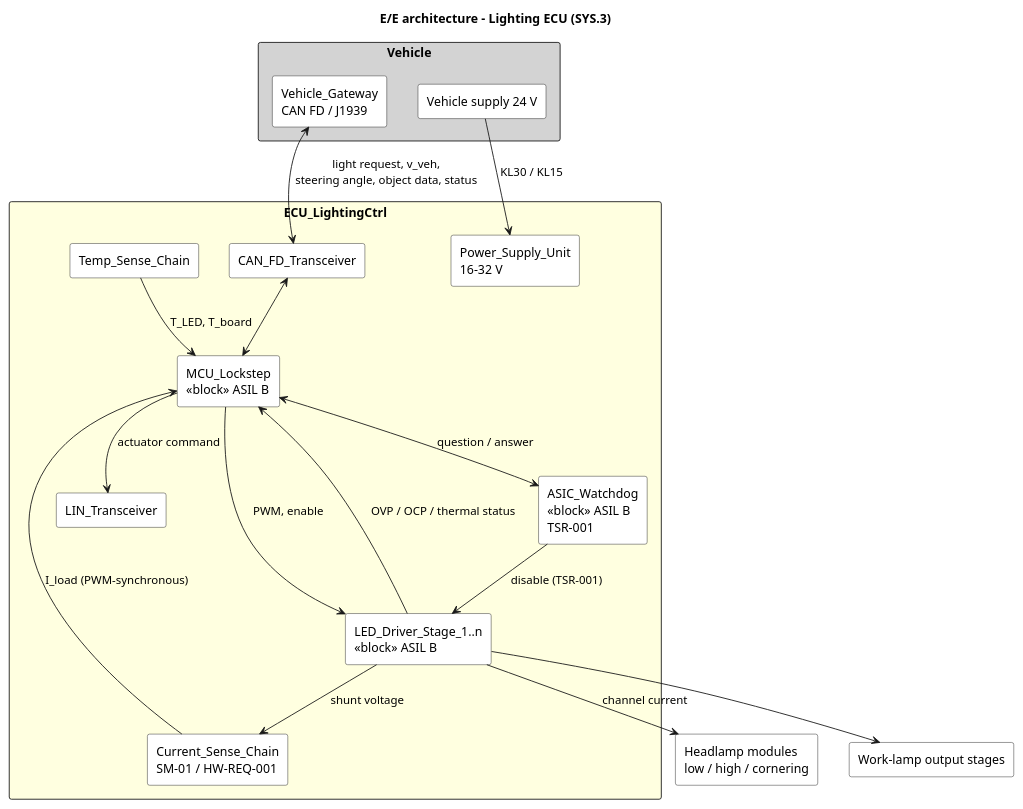
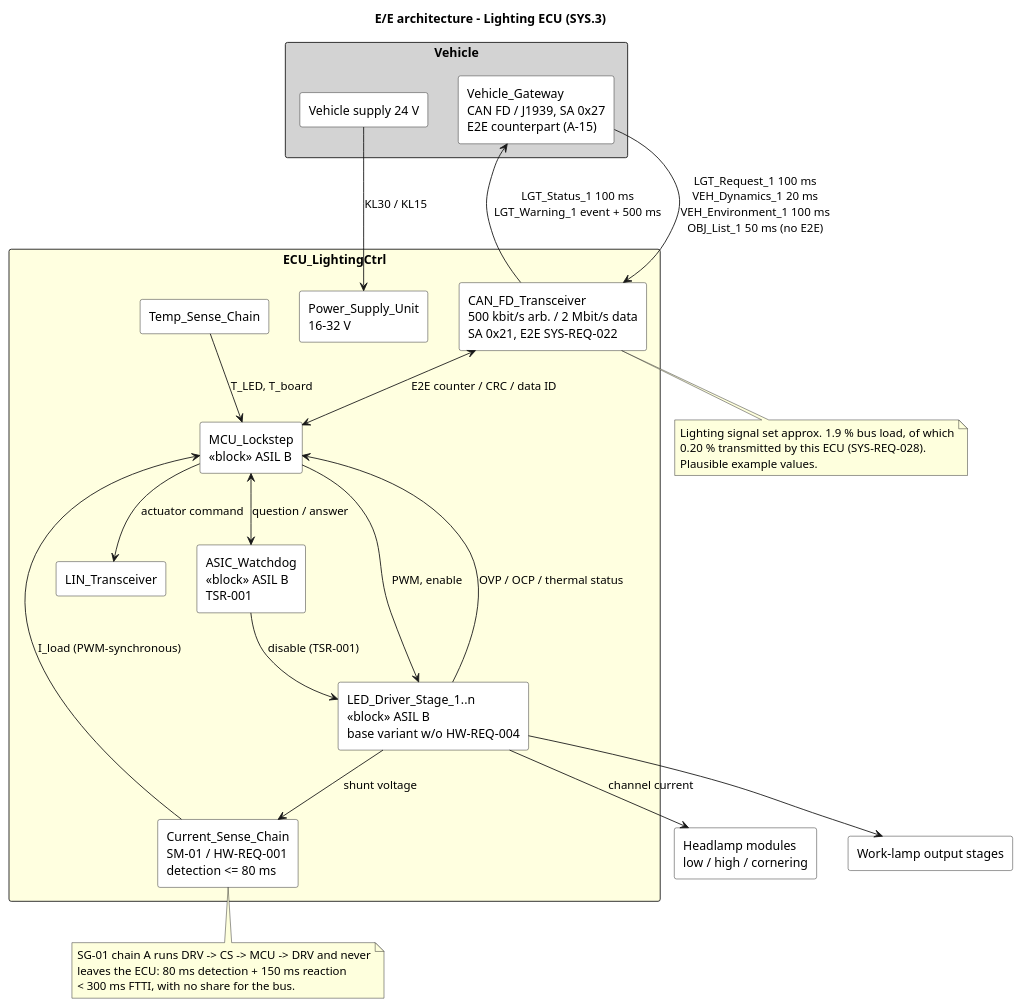
The diagram in 03_model/plantuml/bdd_ee_architecture.puml (bny61/beleuchtungssystem-aspice), drawn with PlantUML before and after one commit. The commit also changed 12 other files, not shown here.

First line of the commit message:
feat(sys.3): CAN FD/J1939 message catalogue, bus timing and E2E protection

```diff
--- a/03_model/plantuml/bdd_ee_architecture.puml
+++ b/03_model/plantuml/bdd_ee_architecture.puml
@@ -1,40 +1,53 @@
 @startuml bdd_ee_architecture
 title E/E architecture - Lighting ECU (SYS.3)
 skinparam componentStyle rectangle
 skinparam rectangle {
   BackgroundColor White
 }
 
 rectangle "Vehicle" as VEH #LightGray {
-  rectangle "Vehicle_Gateway\nCAN FD / J1939" as GW
+  rectangle "Vehicle_Gateway\nCAN FD / J1939, SA 0x27\nE2E counterpart (A-15)" as GW
   rectangle "Vehicle supply 24 V" as PWR
 }
 
 rectangle "ECU_LightingCtrl" as ECU #LightYellow {
   rectangle "MCU_Lockstep\n«block» ASIL B" as MCU
   rectangle "ASIC_Watchdog\n«block» ASIL B\nTSR-001" as WD
   rectangle "Power_Supply_Unit\n16-32 V" as PSU
-  rectangle "CAN_FD_Transceiver" as CAN
+  rectangle "CAN_FD_Transceiver\n500 kbit/s arb. / 2 Mbit/s data\nSA 0x21, E2E SYS-REQ-022" as CAN
   rectangle "LIN_Transceiver" as LIN
-  rectangle "LED_Driver_Stage_1..n\n«block» ASIL B" as DRV
-  rectangle "Current_Sense_Chain\nSM-01 / HW-REQ-001" as CS
+  rectangle "LED_Driver_Stage_1..n\n«block» ASIL B\nbase variant w/o HW-REQ-004" as DRV
+  rectangle "Current_Sense_Chain\nSM-01 / HW-REQ-001\ndetection <= 80 ms" as CS
   rectangle "Temp_Sense_Chain" as TS
 }
 
 rectangle "Headlamp modules\nlow / high / cornering" as LAMP
 rectangle "Work-lamp output stages" as WORK
 
 PWR --> PSU : KL30 / KL15
-GW <--> CAN : light request, v_veh,\nsteering angle, object data, status
-CAN <--> MCU
+GW --> CAN : LGT_Request_1 100 ms\nVEH_Dynamics_1 20 ms\nVEH_Environment_1 100 ms\nOBJ_List_1 50 ms (no E2E)
+CAN --> GW : LGT_Status_1 100 ms\nLGT_Warning_1 event + 500 ms
+CAN <--> MCU : E2E counter / CRC / data ID
 MCU --> DRV : PWM, enable
 MCU <--> WD : question / answer
 WD --> DRV : disable (TSR-001)
 DRV --> LAMP : channel current
 DRV --> WORK
 DRV --> CS : shunt voltage
 CS --> MCU : I_load (PWM-synchronous)
 TS --> MCU : T_LED, T_board
 DRV --> MCU : OVP / OCP / thermal status
 MCU --> LIN : actuator command
+
+note bottom of CS
+  SG-01 chain A runs DRV -> CS -> MCU -> DRV and never
+  leaves the ECU: 80 ms detection + 150 ms reaction
+  < 300 ms FTTI, with no share for the bus.
+end note
+
+note bottom of CAN
+  Lighting signal set approx. 1.9 % bus load, of which
+  0.20 % transmitted by this ECU (SYS-REQ-028).
+  Plausible example values.
+end note
 @enduml
```
